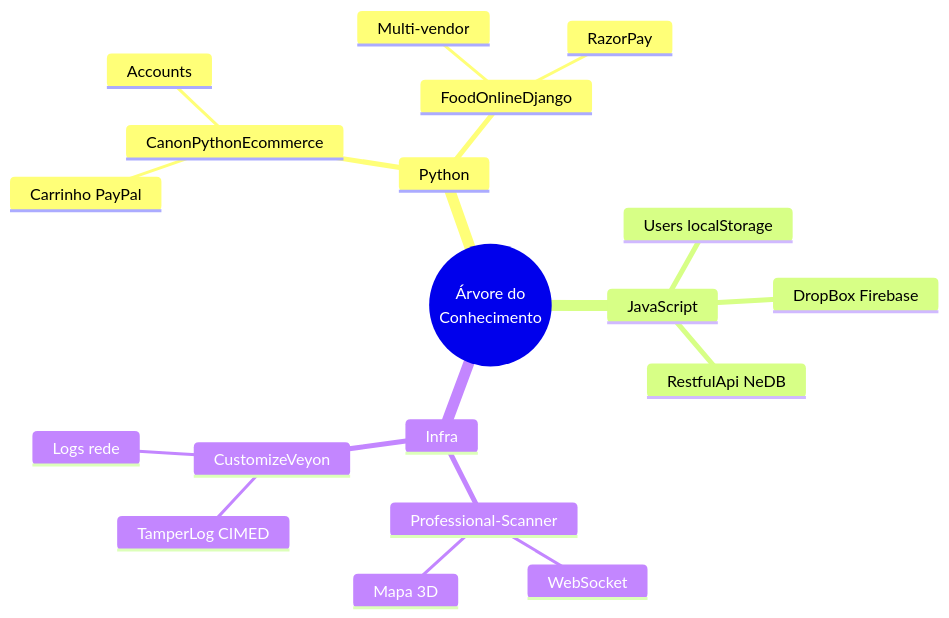
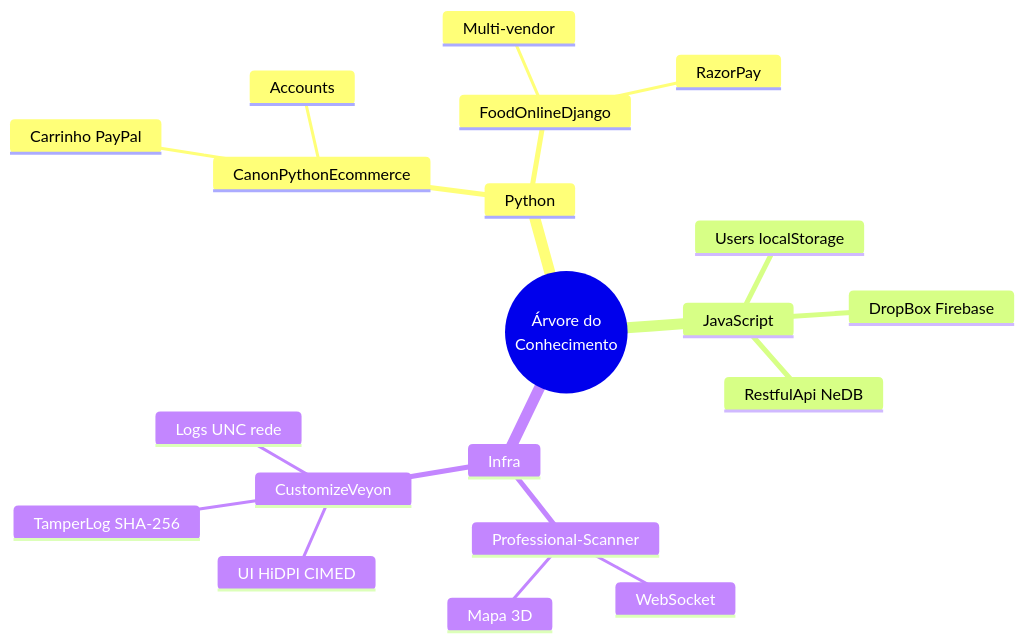
The fifth of 5 diagrams in README.md (CanonEngineer/TreeofKnowledge), drawn with Mermaid before and after one commit. The commit also changed other lines of this file and 5 other files, not shown here.

First line of the commit message:
Mapeia CustomizeVeyonProject com 41 nos — UI CIMED, logs UNC e anti-tampering.

````diff
--- a/README.md
+++ b/README.md
@@ -222,22 +222,23 @@
 ```mermaid
 mindmap
   root((Árvore do<br/>Conhecimento))
     Python
       CanonPythonEcommerce
         Carrinho PayPal
         Accounts
       FoodOnlineDjango
         Multi-vendor
         RazorPay
     JavaScript
       DropBox Firebase
       Users localStorage
       RestfulApi NeDB
     Infra
       Professional-Scanner
         WebSocket
         Mapa 3D
       CustomizeVeyon
-        TamperLog CIMED
-        Logs rede
+        UI HiDPI CIMED
+        TamperLog SHA-256
+        Logs UNC rede
 ```
````
